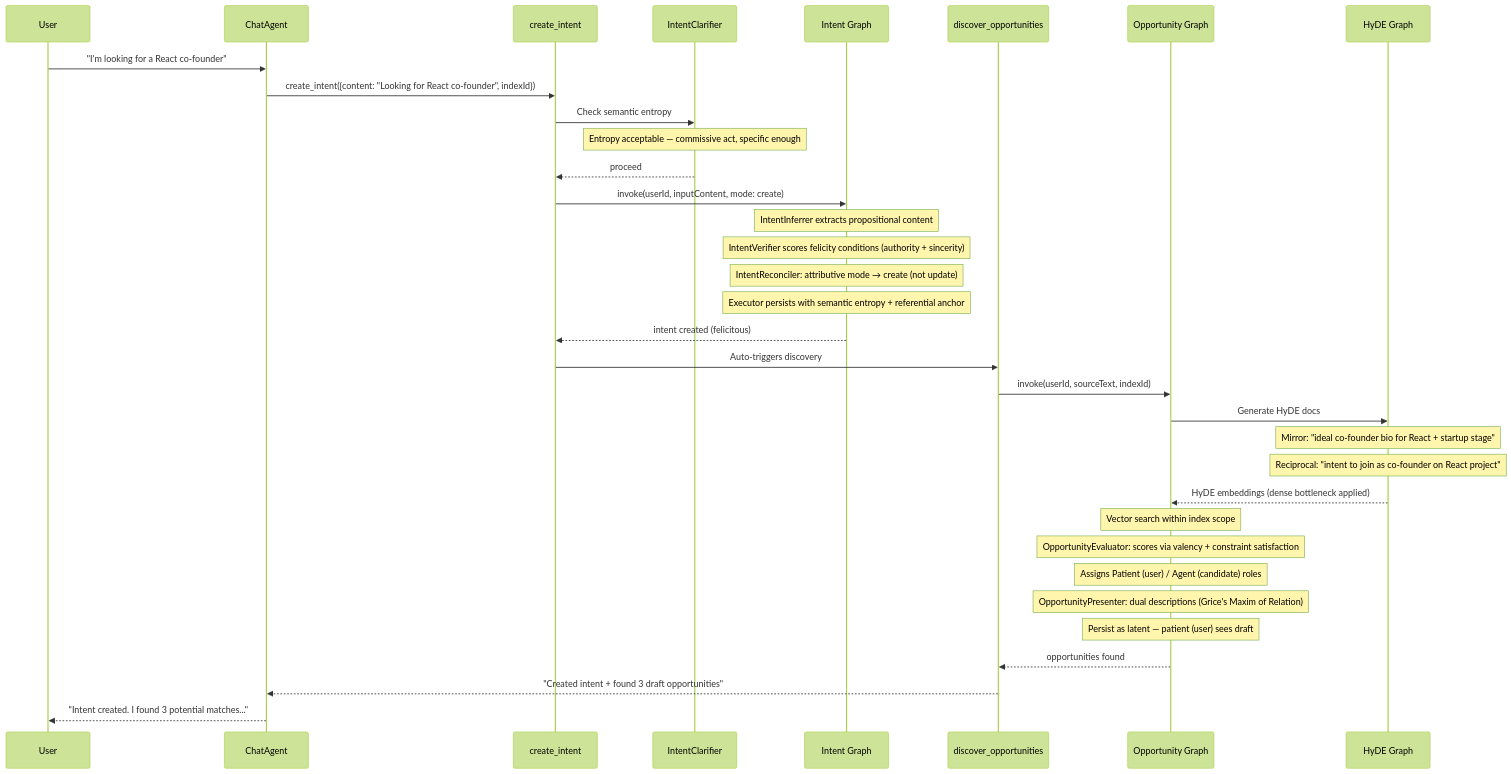
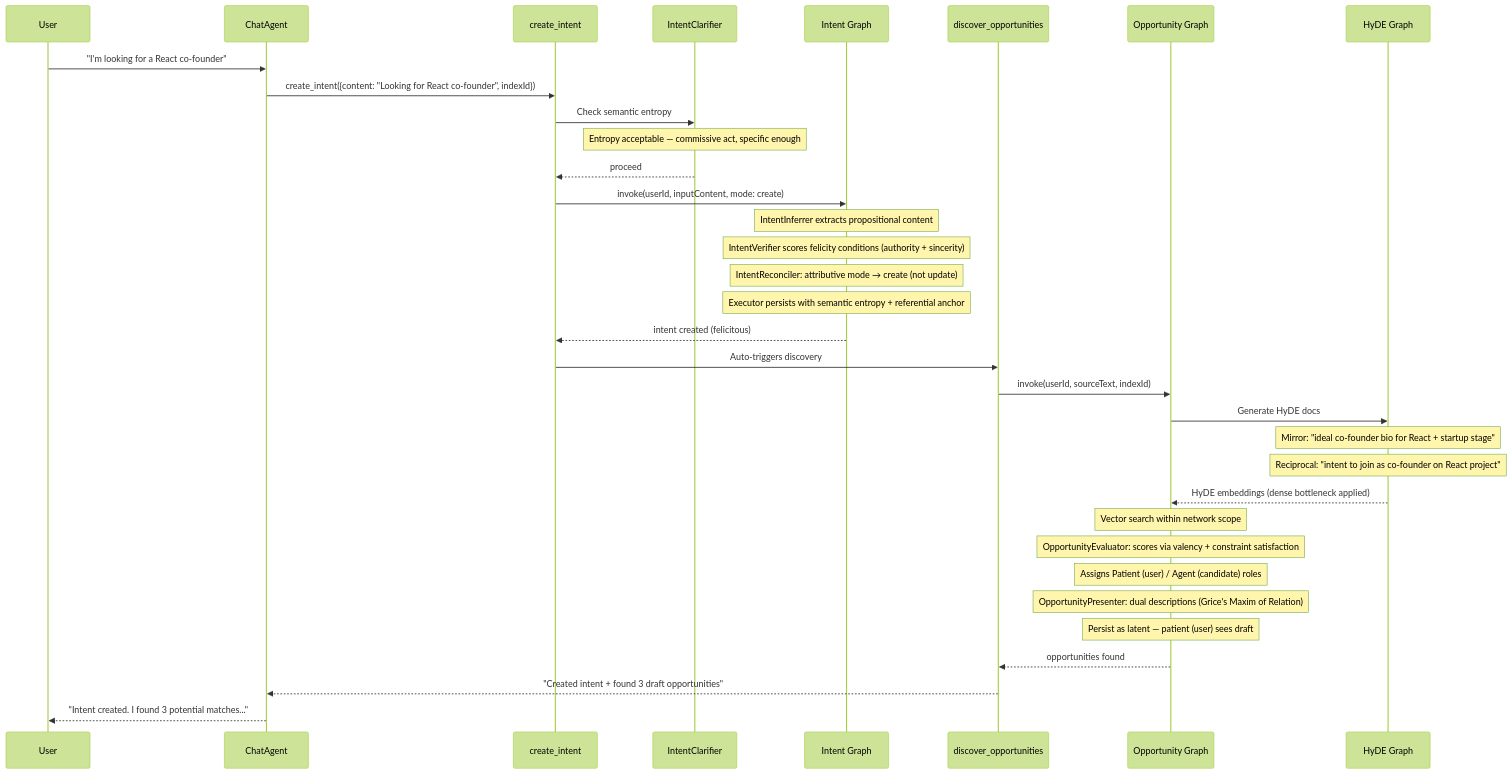
One commit to indexnetwork/index changed the fourth of 5 diagrams in packages/protocol/src/README.md. Above: the diagram before and after it, drawn with Mermaid (forest theme). The commit also changed other lines of this file and 105 other files, not shown here.

````diff
--- a/packages/protocol/src/README.md
+++ b/packages/protocol/src/README.md
@@ -243,43 +243,43 @@
 ```mermaid
 sequenceDiagram
     participant User
     participant Agent as ChatAgent
     participant CI as create_intent
     participant IC as IntentClarifier
     participant IG as Intent Graph
     participant CO as discover_opportunities
     participant OG as Opportunity Graph
     participant HG as HyDE Graph
 
     User->>Agent: "I'm looking for a React co-founder"
     Agent->>CI: create_intent({content: "Looking for React co-founder", indexId})
 
     CI->>IC: Check semantic entropy
     Note over IC: Entropy acceptable — commissive act, specific enough
     IC-->>CI: proceed
 
     CI->>IG: invoke(userId, inputContent, mode: create)
     Note over IG: IntentInferrer extracts propositional content
     Note over IG: IntentVerifier scores felicity conditions (authority + sincerity)
     Note over IG: IntentReconciler: attributive mode → create (not update)
     Note over IG: Executor persists with semantic entropy + referential anchor
 
     IG-->>CI: intent created (felicitous)
     CI->>CO: Auto-triggers discovery
     CO->>OG: invoke(userId, sourceText, indexId)
 
     OG->>HG: Generate HyDE docs
     Note over HG: Mirror: "ideal co-founder bio for React + startup stage"
     Note over HG: Reciprocal: "intent to join as co-founder on React project"
     HG-->>OG: HyDE embeddings (dense bottleneck applied)
 
-    Note over OG: Vector search within index scope
+    Note over OG: Vector search within network scope
     Note over OG: OpportunityEvaluator: scores via valency + constraint satisfaction
     Note over OG: Assigns Patient (user) / Agent (candidate) roles
     Note over OG: OpportunityPresenter: dual descriptions (Grice's Maxim of Relation)
     Note over OG: Persist as latent — patient (user) sees draft
 
     OG-->>CO: opportunities found
     CO-->>Agent: "Created intent + found 3 draft opportunities"
     Agent-->>User: "Intent created. I found 3 potential matches..."
 ```
````
